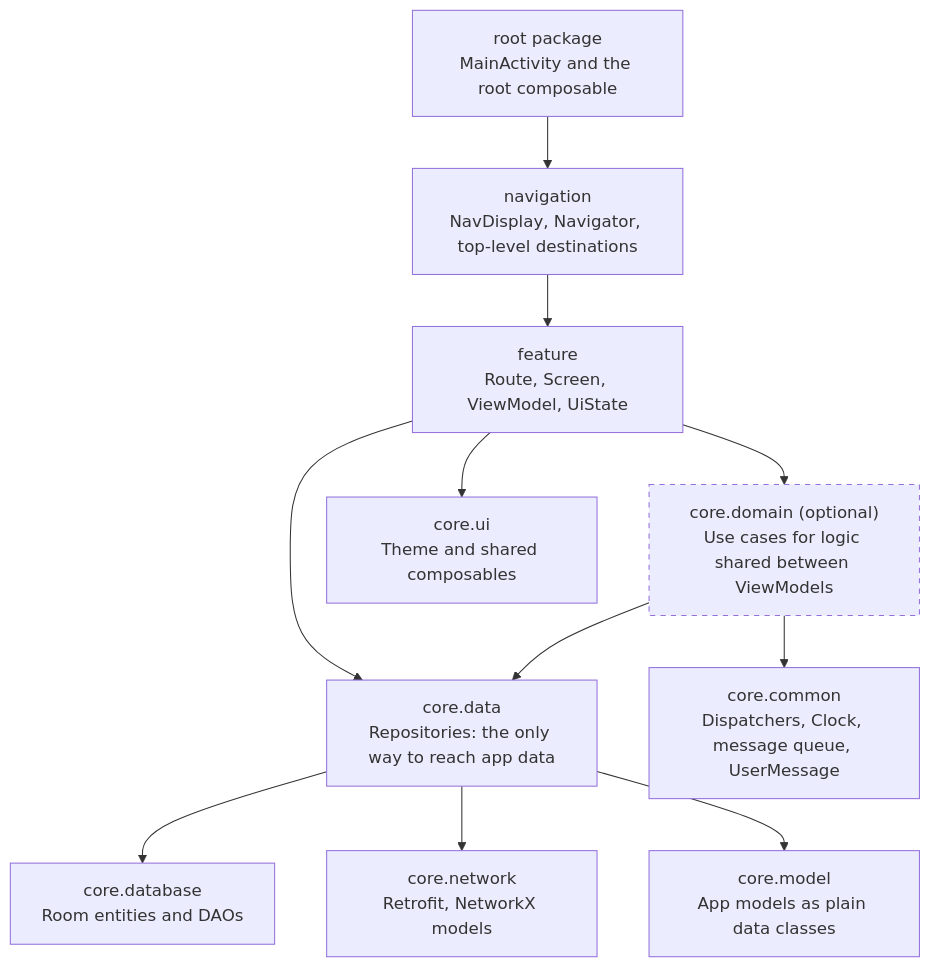
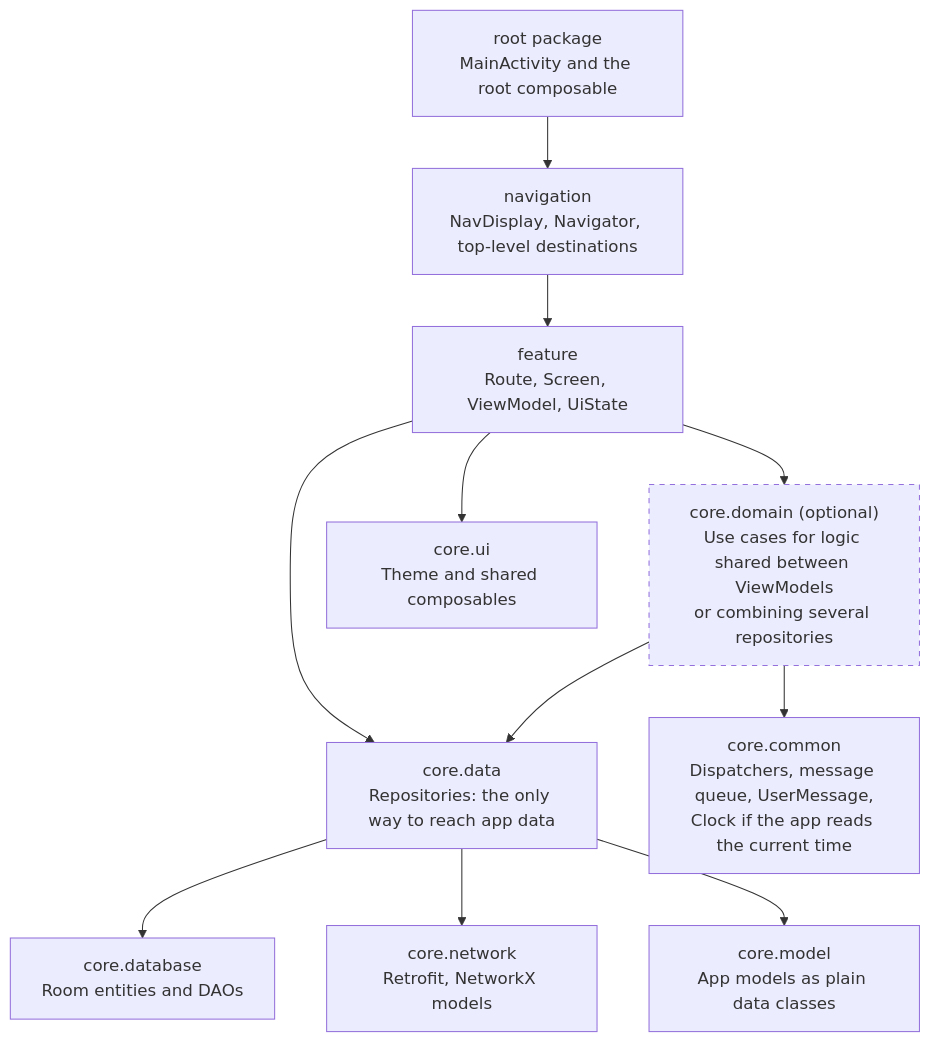
One commit to KiwiComp/documentation-repo changed the diagram in docs/agents/architecture-principles.md. Above: the diagram before and after it, drawn with Mermaid. The commit also changed other lines of this file and 10 other files, not shown here.

````diff
--- a/docs/agents/architecture-principles.md
+++ b/docs/agents/architecture-principles.md
@@ -11,26 +11,26 @@
 ```mermaid
 flowchart TD
     root["root package<br/>MainActivity and the root composable"]
     navigation["navigation<br/>NavDisplay, Navigator, top-level destinations"]
     feature["feature<br/>Route, Screen, ViewModel, UiState"]
-    domain["core.domain (optional)<br/>Use cases for logic shared between ViewModels"]
+    domain["core.domain (optional)<br/>Use cases for logic shared between ViewModels<br/>or combining several repositories"]
     data["core.data<br/>Repositories: the only way to reach app data"]
     database["core.database<br/>Room entities and DAOs"]
     network["core.network<br/>Retrofit, NetworkX models"]
     ui["core.ui<br/>Theme and shared composables"]
-    common["core.common<br/>Dispatchers, Clock, message queue, UserMessage"]
+    common["core.common<br/>Dispatchers, message queue, UserMessage,<br/>Clock if the app reads the current time"]
     model["core.model<br/>App models as plain data classes"]
 
     root --> navigation
     navigation --> feature
     feature --> domain
     feature --> data
     domain --> data
     data --> database
     data --> network
     feature --> ui
     domain --> common
     data --> model
 
     style domain stroke-dasharray: 5 5
 ```
````
